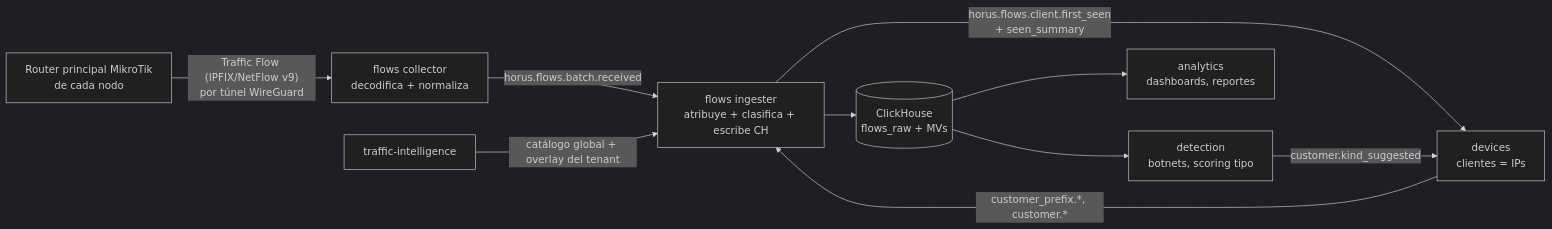
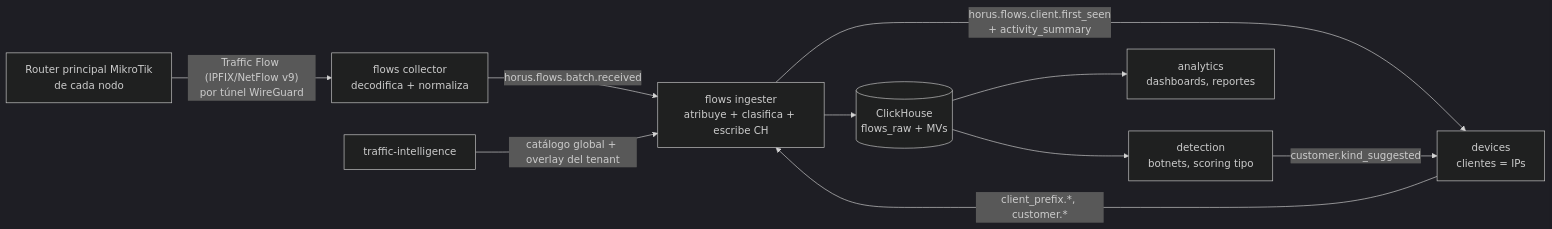
One commit to HCDestroyer/horus-flow changed the diagram in docs/traffic-model.md. Above: the diagram before and after it, drawn with Mermaid (dark theme). The commit also changed other lines of this file and 3 other files, not shown here.

````diff
--- a/docs/traffic-model.md
+++ b/docs/traffic-model.md
@@ -52,12 +52,12 @@
 ```mermaid
 flowchart LR
   R[Router principal MikroTik<br/>de cada nodo] -- "Traffic Flow (IPFIX/NetFlow v9)<br/>por túnel WireGuard" --> C[flows collector<br/>decodifica + normaliza]
   C -- "horus.flows.batch.received" --> I[flows ingester<br/>atribuye + clasifica + escribe CH]
   I --> CH[(ClickHouse<br/>flows_raw + MVs)]
-  I -- "horus.flows.client.first_seen<br/>+ seen_summary" --> DEV[devices<br/>clientes = IPs]
-  DEV -- "customer_prefix.*, customer.*" --> I
+  I -- "horus.flows.client.first_seen<br/>+ activity_summary" --> DEV[devices<br/>clientes = IPs]
+  DEV -- "client_prefix.*, customer.*" --> I
   TI[traffic-intelligence] -- "catálogo global + overlay del tenant" --> I
   CH --> DET[detection<br/>botnets, scoring tipo]
   DET -- "customer.kind_suggested" --> DEV
   CH --> AN[analytics<br/>dashboards, reportes]
 ```
````
